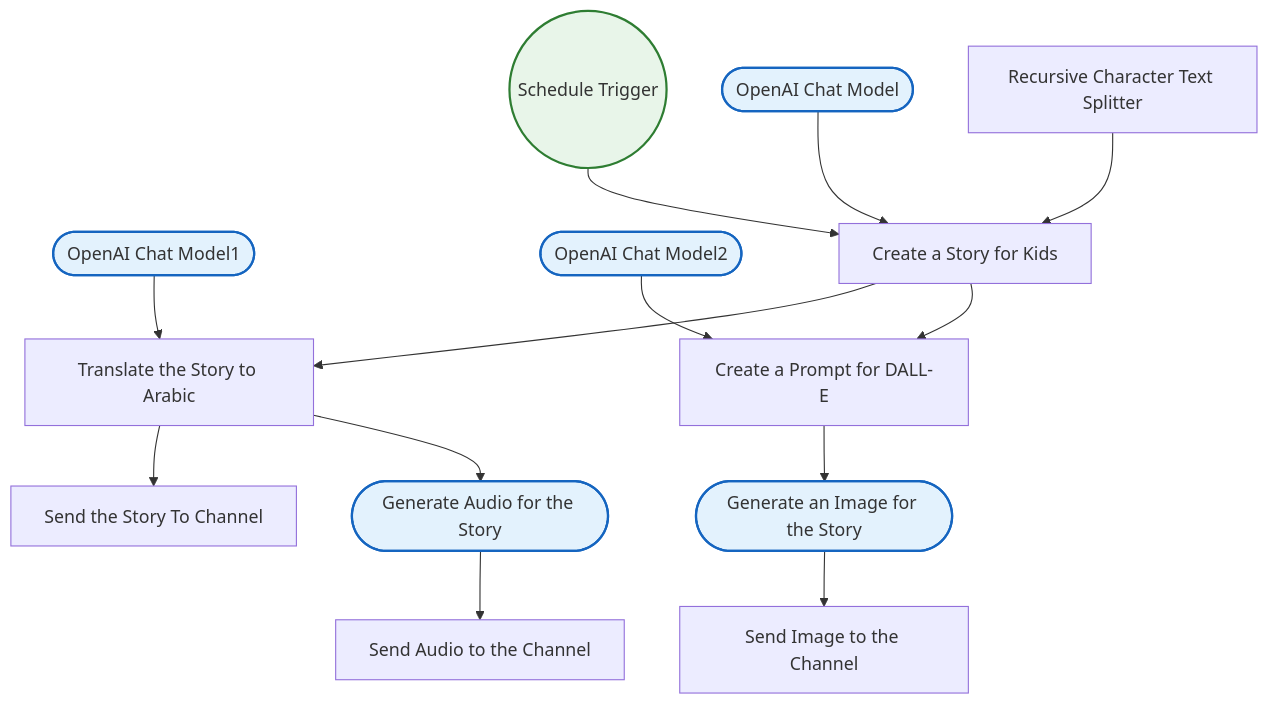
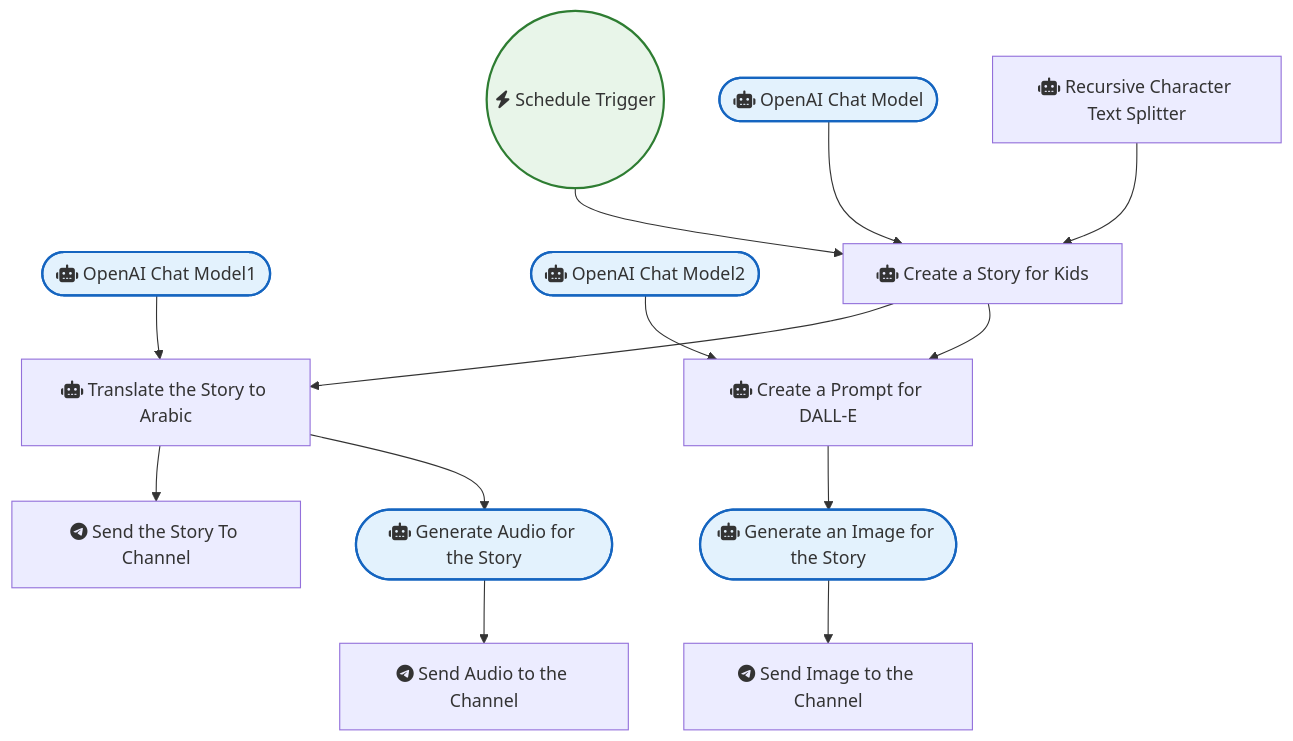
One commit to sreyash3105/N8N-DEMO-AUTOMATIONS changed the diagram in Telegram/Ai-powered Children S Arabic Storytelling on Telegram.md. Above: the diagram before and after it, drawn with Mermaid. The commit also changed 291 other files, not shown here.

````diff
--- a/Telegram/Ai-powered Children S Arabic Storytelling on Telegram.md
+++ b/Telegram/Ai-powered Children S Arabic Storytelling on Telegram.md
@@ -1,33 +1,33 @@
 ```mermaid
 graph TD
     classDef trigger fill:#e8f5e9,stroke:#2e7d32,stroke-width:2px;
     classDef ai fill:#e3f2fd,stroke:#1565c0,stroke-width:2px;
     classDef logic fill:#fff3e0,stroke:#ef6c00,stroke-width:2px;
 
-    OpenAI_Chat_Model(["OpenAI Chat Model"]):::ai
-    OpenAI_Chat_Model1(["OpenAI Chat Model1"]):::ai
-    Schedule_Trigger(("Schedule Trigger")):::trigger
-    Recursive_Character_Text_Splitter["Recursive Character Text Splitter"]
-    OpenAI_Chat_Model2(["OpenAI Chat Model2"]):::ai
-    Create_a_Prompt_for_DALL_E["Create a Prompt for DALL-E"]
-    Generate_an_Image_for_the_Story(["Generate an Image for the Story"]):::ai
-    Generate_Audio_for_the_Story(["Generate Audio for the Story"]):::ai
-    Send_the_Story_To_Channel["Send the Story To Channel"]
-    Send_Image_to_the_Channel["Send Image to the Channel"]
-    Translate_the_Story_to_Arabic["Translate the Story to Arabic"]
-    Send_Audio_to_the_Channel["Send Audio to the Channel"]
-    Create_a_Story_for_Kids["Create a Story for Kids"]
+    OpenAI_Chat_Model(["fas:fa-robot OpenAI Chat Model"]):::ai
+    OpenAI_Chat_Model1(["fas:fa-robot OpenAI Chat Model1"]):::ai
+    Schedule_Trigger(("fas:fa-bolt Schedule Trigger")):::trigger
+    Recursive_Character_Text_Splitter["fas:fa-robot Recursive Character Text Splitter"]
+    OpenAI_Chat_Model2(["fas:fa-robot OpenAI Chat Model2"]):::ai
+    Create_a_Prompt_for_DALL_E["fas:fa-robot Create a Prompt for DALL-E"]
+    Generate_an_Image_for_the_Story(["fas:fa-robot Generate an Image for the Story"]):::ai
+    Generate_Audio_for_the_Story(["fas:fa-robot Generate Audio for the Story"]):::ai
+    Send_the_Story_To_Channel["fab:fa-telegram Send the Story To Channel"]
+    Send_Image_to_the_Channel["fab:fa-telegram Send Image to the Channel"]
+    Translate_the_Story_to_Arabic["fas:fa-robot Translate the Story to Arabic"]
+    Send_Audio_to_the_Channel["fab:fa-telegram Send Audio to the Channel"]
+    Create_a_Story_for_Kids["fas:fa-robot Create a Story for Kids"]
 
     Schedule_Trigger --> Create_a_Story_for_Kids
     OpenAI_Chat_Model --> Create_a_Story_for_Kids
     OpenAI_Chat_Model1 --> Translate_the_Story_to_Arabic
     OpenAI_Chat_Model2 --> Create_a_Prompt_for_DALL_E
     Create_a_Story_for_Kids --> Translate_the_Story_to_Arabic
     Create_a_Story_for_Kids --> Create_a_Prompt_for_DALL_E
     Create_a_Prompt_for_DALL_E --> Generate_an_Image_for_the_Story
     Generate_Audio_for_the_Story --> Send_Audio_to_the_Channel
     Translate_the_Story_to_Arabic --> Send_the_Story_To_Channel
     Translate_the_Story_to_Arabic --> Generate_Audio_for_the_Story
     Generate_an_Image_for_the_Story --> Send_Image_to_the_Channel
     Recursive_Character_Text_Splitter --> Create_a_Story_for_Kids
 ```
````
